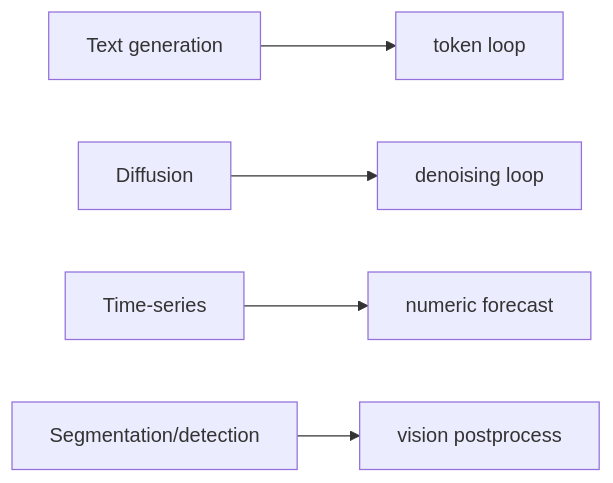
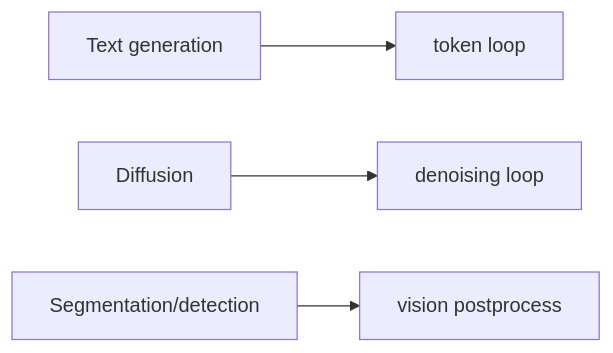
One commit to AbishekCoder1/TensorRT-Model-Connect changed the first of 3 diagrams in website/docs/tutorials/intermediate/diffusion-and-time-series.md. Above: the diagram before and after it, drawn with Mermaid. The commit also changed other lines of this file and 145 other files, not shown here.

````diff
--- a/website/docs/tutorials/intermediate/diffusion-and-time-series.md
+++ b/website/docs/tutorials/intermediate/diffusion-and-time-series.md
@@ -9,7 +9,6 @@
 ```mermaid
 flowchart LR
   TextTask["Text generation"] --> TokenLoop["token loop"]
   DiffTask["Diffusion"] --> DenoiseLoop["denoising loop"]
-  ForecastTask["Time-series"] --> Numeric["numeric forecast"]
   SegmentTask["Segmentation/detection"] --> VisionPost["vision postprocess"]
 ```
````
